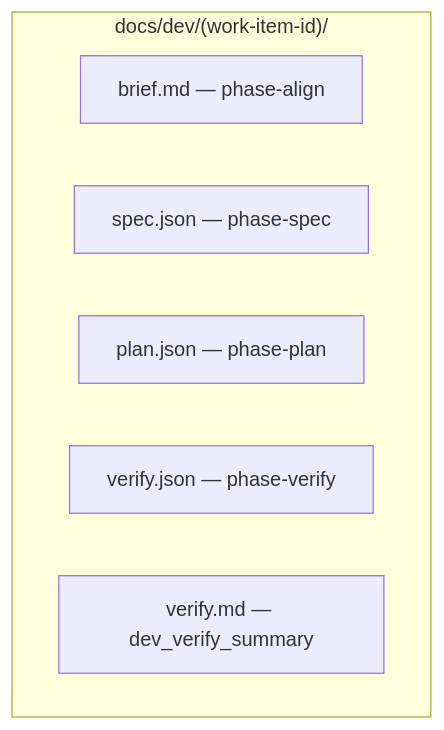
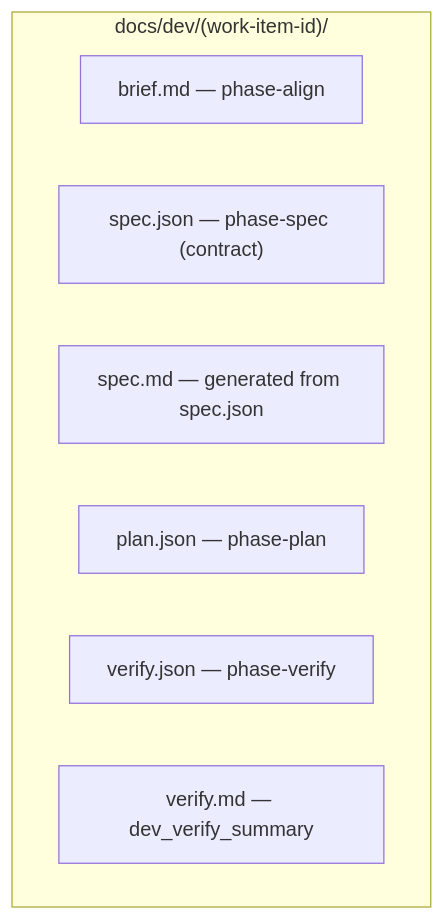
One commit to cshirley/accord changed the first of 2 diagrams in docs/artifacts.md. Above: the diagram before and after it, drawn with Mermaid. The commit also changed other lines of this file and 21 other files, not shown here.

````diff
--- a/docs/artifacts.md
+++ b/docs/artifacts.md
@@ -7,10 +7,11 @@
 ```mermaid
 flowchart TB
   subgraph dev["docs/dev/(work-item-id)/"]
     brief["brief.md — phase-align"]
-    spec["spec.json — phase-spec"]
+    spec["spec.json — phase-spec (contract)"]
+    specmd["spec.md — generated from spec.json"]
     plan["plan.json — phase-plan"]
     vjson["verify.json — phase-verify"]
     vmd["verify.md — dev_verify_summary"]
   end
 ```
````
